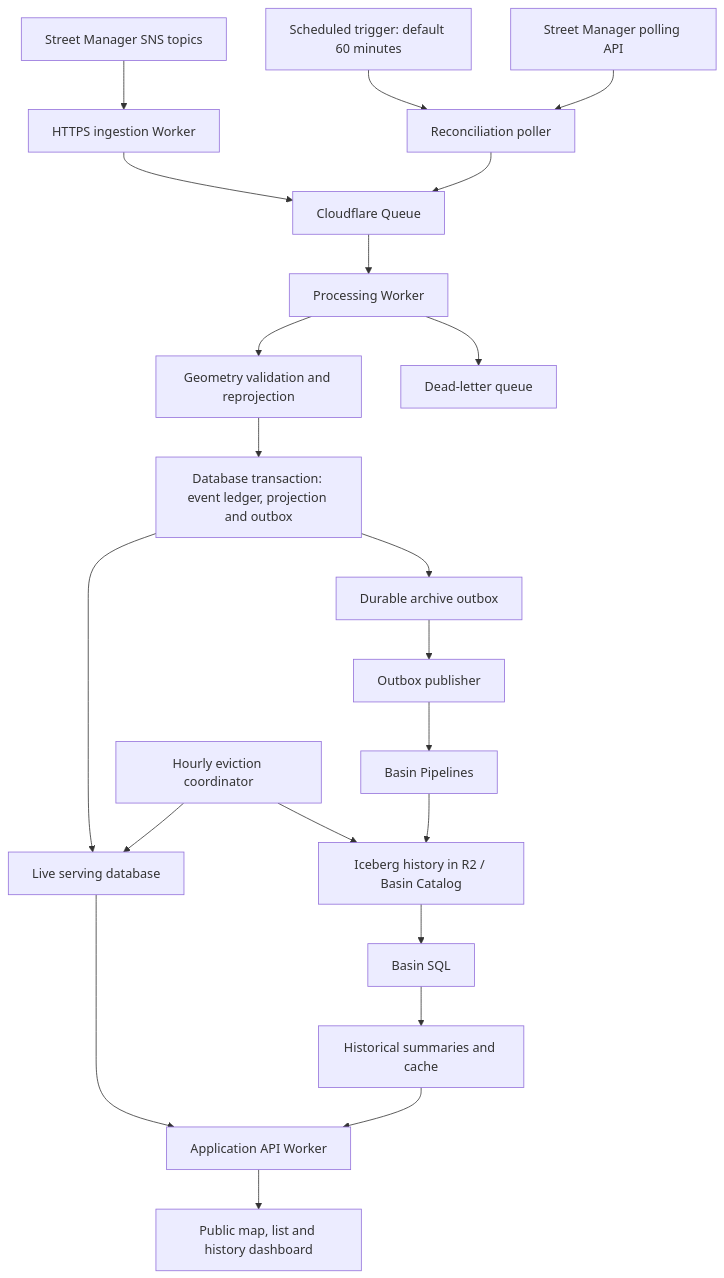
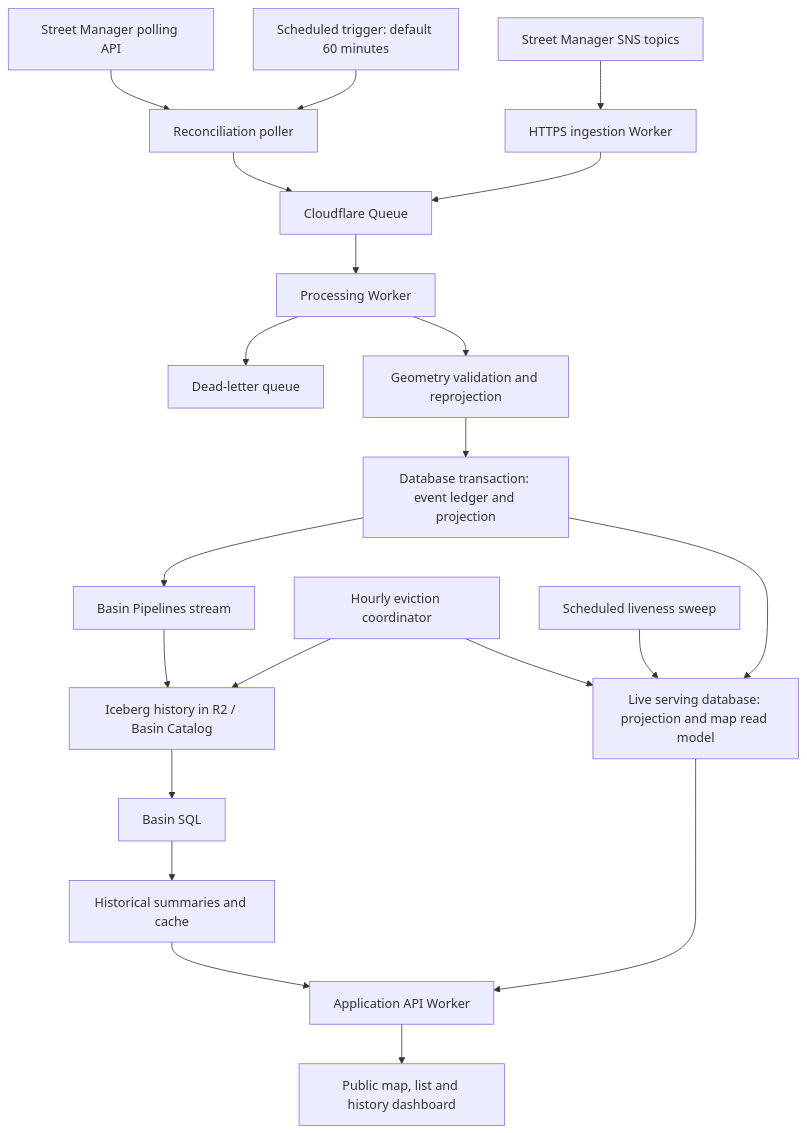
The first of 5 diagrams in specs/open-roadworks/00-introduction.md (adrianhall/cf-demos), drawn with Mermaid before and after one commit. The commit also changed other lines of this file and 2 other files, not shown here.

````diff
--- a/specs/open-roadworks/00-introduction.md
+++ b/specs/open-roadworks/00-introduction.md
@@ -51,24 +51,23 @@
 ```mermaid
 flowchart TD
     SNS[Street Manager SNS topics] --> WEB[HTTPS ingestion Worker]
     CRON[Scheduled trigger: default 60 minutes] --> POLL[Reconciliation poller]
     API[Street Manager polling API] --> POLL
     WEB --> Q[Cloudflare Queue]
     POLL --> Q
     Q --> PROC[Processing Worker]
     PROC --> GEO[Geometry validation and reprojection]
-    GEO --> TX[Database transaction: event ledger, projection and outbox]
-    TX --> LIVE[Live serving database]
-    TX --> OUT[Durable archive outbox]
-    OUT --> PUB[Outbox publisher]
-    PUB --> PIPE[Basin Pipelines]
+    GEO --> TX[Database transaction: event ledger and projection]
+    TX --> LIVE[Live serving database: projection and map read model]
+    TX --> PIPE[Basin Pipelines stream]
     PIPE --> ICE[Iceberg history in R2 / Basin Catalog]
     ICE --> SQL[Basin SQL]
     SQL --> SUM[Historical summaries and cache]
     LIVE --> APP[Application API Worker]
     SUM --> APP
     APP --> UI[Public map, list and history dashboard]
     PROC --> DLQ[Dead-letter queue]
     EVICT[Hourly eviction coordinator] --> LIVE
     EVICT --> ICE
+    LIVESWEEP[Scheduled liveness sweep] --> LIVE
 ```
````
